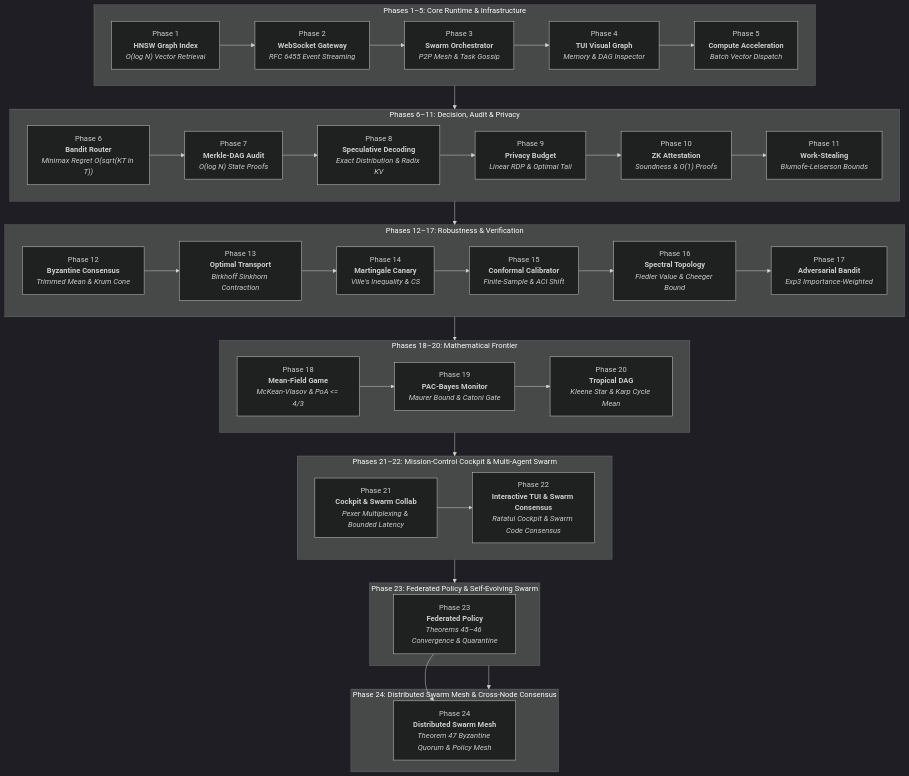
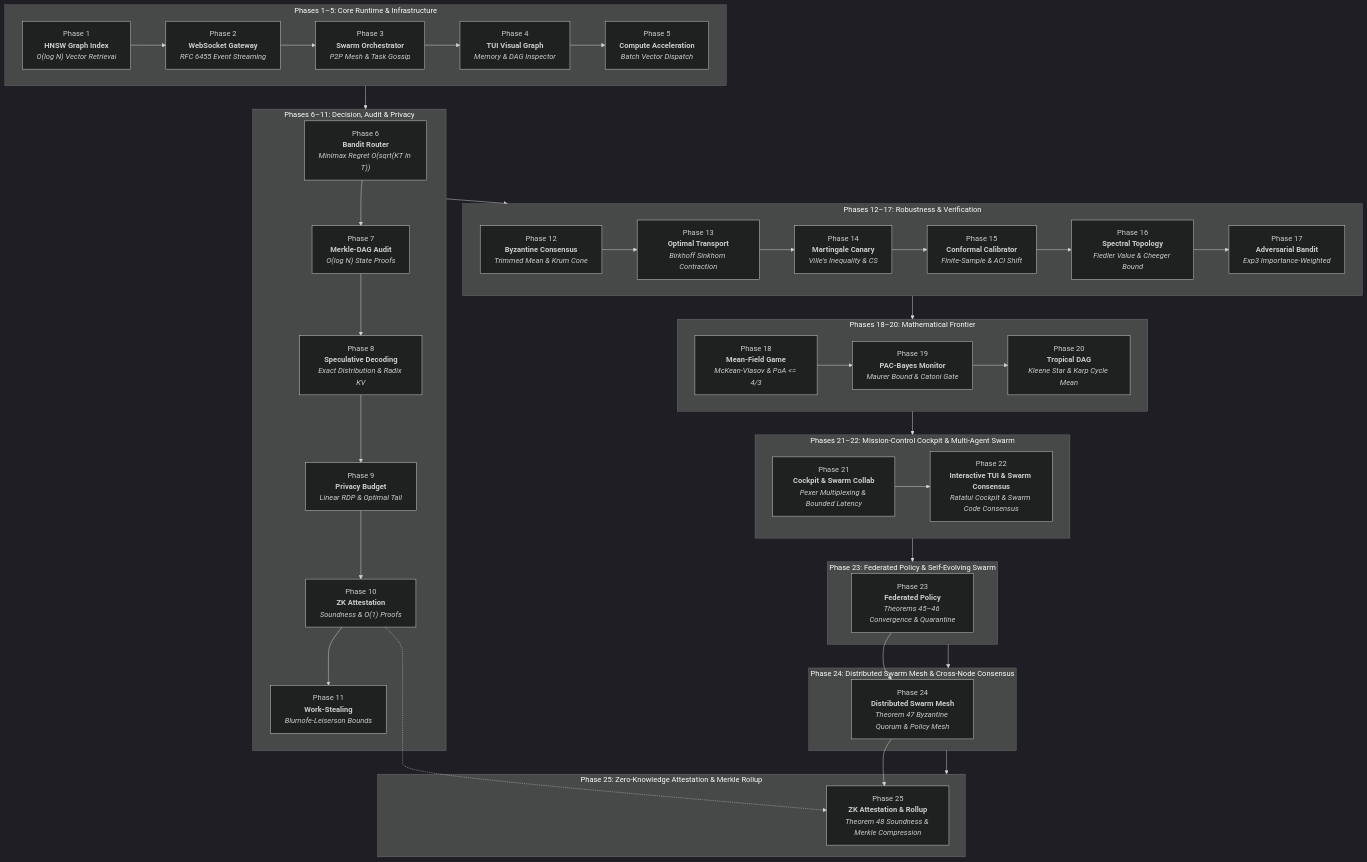
Before and after one commit to anisayakmitra-in/AGENT-PANDORA: the diagram in docs/math/phased_roadmap_mathematics.md, drawn with Mermaid (dark theme). The commit also changed other lines of this file and 33 other files, not shown here.

First line of the commit message:
feat(phase25): implement ZK execution attestation, canary auto-merge, PWA pairing, and speculative drafting

````diff
--- a/docs/math/phased_roadmap_mathematics.md
+++ b/docs/math/phased_roadmap_mathematics.md
@@ -13,55 +13,61 @@
 ```mermaid
 flowchart TD
     subgraph Foundation["Phases 1–5: Core Runtime & Infrastructure"]
         P1["Phase 1<br/><b>HNSW Graph Index</b><br/><i>O(log N) Vector Retrieval</i>"]
         P2["Phase 2<br/><b>WebSocket Gateway</b><br/><i>RFC 6455 Event Streaming</i>"]
         P3["Phase 3<br/><b>Swarm Orchestrator</b><br/><i>P2P Mesh & Task Gossip</i>"]
         P4["Phase 4<br/><b>TUI Visual Graph</b><br/><i>Memory & DAG Inspector</i>"]
         P5["Phase 5<br/><b>Compute Acceleration</b><br/><i>Batch Vector Dispatch</i>"]
         P1 --> P2 --> P3 --> P4 --> P5
     end
 
     subgraph Intelligence["Phases 6–11: Decision, Audit & Privacy"]
         P6["Phase 6<br/><b>Bandit Router</b><br/><i>Minimax Regret O(sqrt(KT ln T))</i>"]
         P7["Phase 7<br/><b>Merkle-DAG Audit</b><br/><i>O(log N) State Proofs</i>"]
         P8["Phase 8<br/><b>Speculative Decoding</b><br/><i>Exact Distribution & Radix KV</i>"]
         P9["Phase 9<br/><b>Privacy Budget</b><br/><i>Linear RDP & Optimal Tail</i>"]
         P10["Phase 10<br/><b>ZK Attestation</b><br/><i>Soundness & O(1) Proofs</i>"]
         P11["Phase 11<br/><b>Work-Stealing</b><br/><i>Blumofe-Leiserson Bounds</i>"]
         P6 --> P7 --> P8 --> P9 --> P10 --> P11
     end
 
     subgraph Assurance["Phases 12–17: Robustness & Verification"]
         P12["Phase 12<br/><b>Byzantine Consensus</b><br/><i>Trimmed Mean & Krum Cone</i>"]
         P13["Phase 13<br/><b>Optimal Transport</b><br/><i>Birkhoff Sinkhorn Contraction</i>"]
         P14["Phase 14<br/><b>Martingale Canary</b><br/><i>Ville's Inequality & CS</i>"]
         P15["Phase 15<br/><b>Conformal Calibrator</b><br/><i>Finite-Sample & ACI Shift</i>"]
         P16["Phase 16<br/><b>Spectral Topology</b><br/><i>Fiedler Value & Cheeger Bound</i>"]
         P17["Phase 17<br/><b>Adversarial Bandit</b><br/><i>Exp3 Importance-Weighted</i>"]
         P12 --> P13 --> P14 --> P15 --> P16 --> P17
     end
 
     subgraph Frontier["Phases 18–20: Mathematical Frontier"]
         P18["Phase 18<br/><b>Mean-Field Game</b><br/><i>McKean-Vlasov & PoA <= 4/3</i>"]
         P19["Phase 19<br/><b>PAC-Bayes Monitor</b><br/><i>Maurer Bound & Catoni Gate</i>"]
         P20["Phase 20<br/><b>Tropical DAG</b><br/><i>Kleene Star & Karp Cycle Mean</i>"]
         P18 --> P19 --> P20
     end
 
     subgraph CockpitSwarm["Phases 21–22: Mission-Control Cockpit & Multi-Agent Swarm"]
         P21["Phase 21<br/><b>Cockpit & Swarm Collab</b><br/><i>Pexer Multiplexing & Bounded Latency</i>"]
         P22["Phase 22<br/><b>Interactive TUI & Swarm Consensus</b><br/><i>Ratatui Cockpit & Swarm Code Consensus</i>"]
         P21 --> P22
     end
 
     subgraph Evolution["Phase 23: Federated Policy & Self-Evolving Swarm"]
         P23["Phase 23<br/><b>Federated Policy</b><br/><i>Theorems 45–46 Convergence & Quarantine</i>"]
     end
 
     subgraph DistributedMesh["Phase 24: Distributed Swarm Mesh & Cross-Node Consensus"]
         P24["Phase 24<br/><b>Distributed Swarm Mesh</b><br/><i>Theorem 47 Byzantine Quorum & Policy Mesh</i>"]
     end
 
+    subgraph ZKRollup["Phase 25: Zero-Knowledge Attestation & Merkle Rollup"]
+        P25["Phase 25<br/><b>ZK Attestation & Rollup</b><br/><i>Theorem 48 Soundness & Merkle Compression</i>"]
+    end
+
     P23 --> P24
-    Foundation --> Intelligence --> Assurance --> Frontier --> CockpitSwarm --> Evolution --> DistributedMesh
+    P10 -.-> P25
+    P24 --> P25
+    Foundation --> Intelligence --> Assurance --> Frontier --> CockpitSwarm --> Evolution --> DistributedMesh --> ZKRollup
 ```
````
